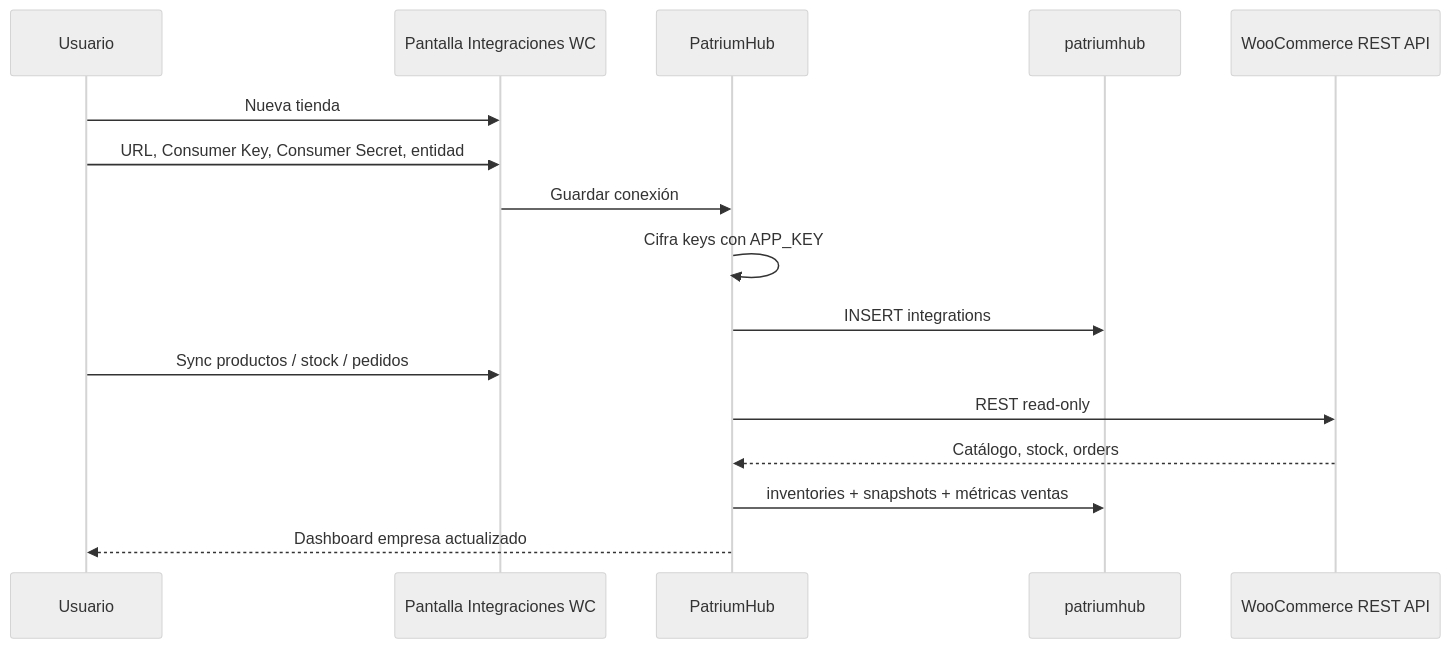
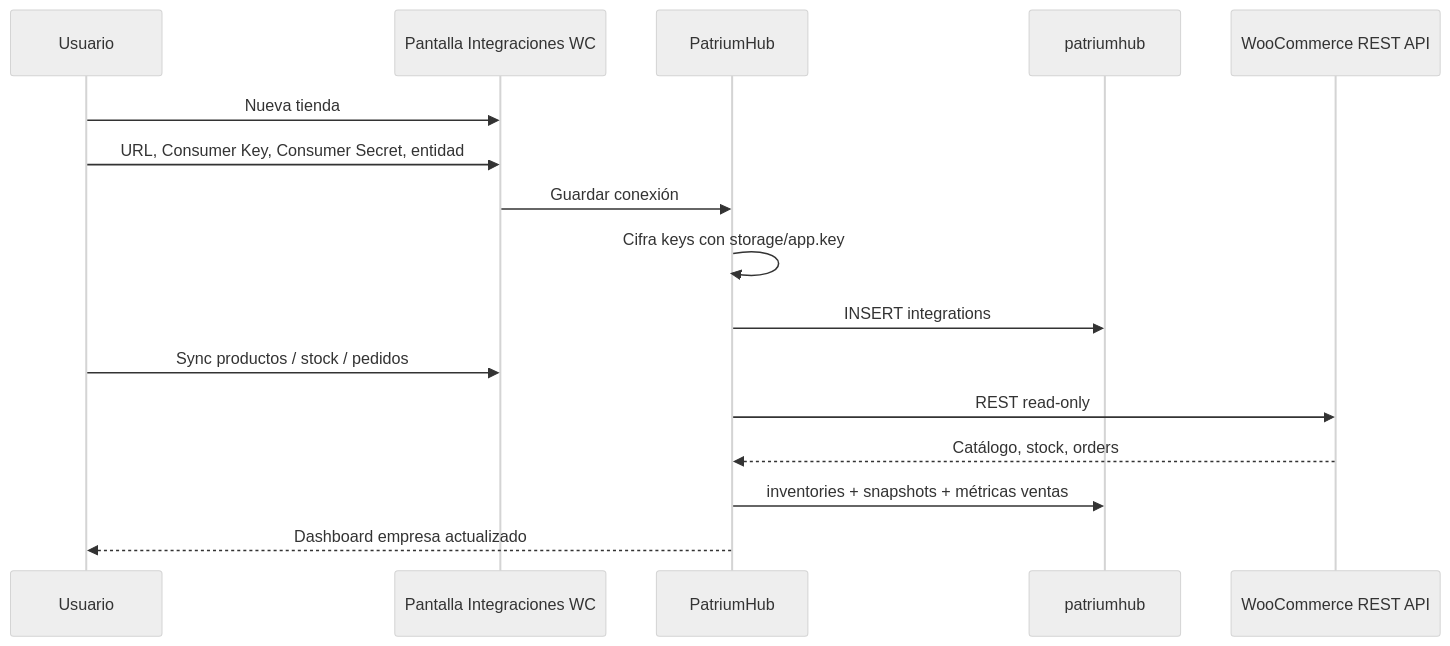
The fourth of 5 diagrams in 03-arquitectura-sistema.md (PatriumHub/Arquitectura), drawn with Mermaid (neutral theme) before and after one commit. The commit also changed other lines of this file and 8 other files, not shown here.

````diff
--- a/03-arquitectura-sistema.md
+++ b/03-arquitectura-sistema.md
@@ -113,19 +113,19 @@
 ```mermaid
 sequenceDiagram
   participant U as Usuario
   participant UI as Pantalla Integraciones WC
   participant App as PatriumHub
   participant DB as patriumhub
   participant WC as WooCommerce REST API
 
   U->>UI: Nueva tienda
   U->>UI: URL, Consumer Key, Consumer Secret, entidad
   UI->>App: Guardar conexión
-  App->>App: Cifra keys con APP_KEY
+  App->>App: Cifra keys con storage/app.key
   App->>DB: INSERT integrations
   U->>UI: Sync productos / stock / pedidos
   App->>WC: REST read-only
   WC-->>App: Catálogo, stock, orders
   App->>DB: inventories + snapshots + métricas ventas
   App-->>U: Dashboard empresa actualizado
 ```
````
